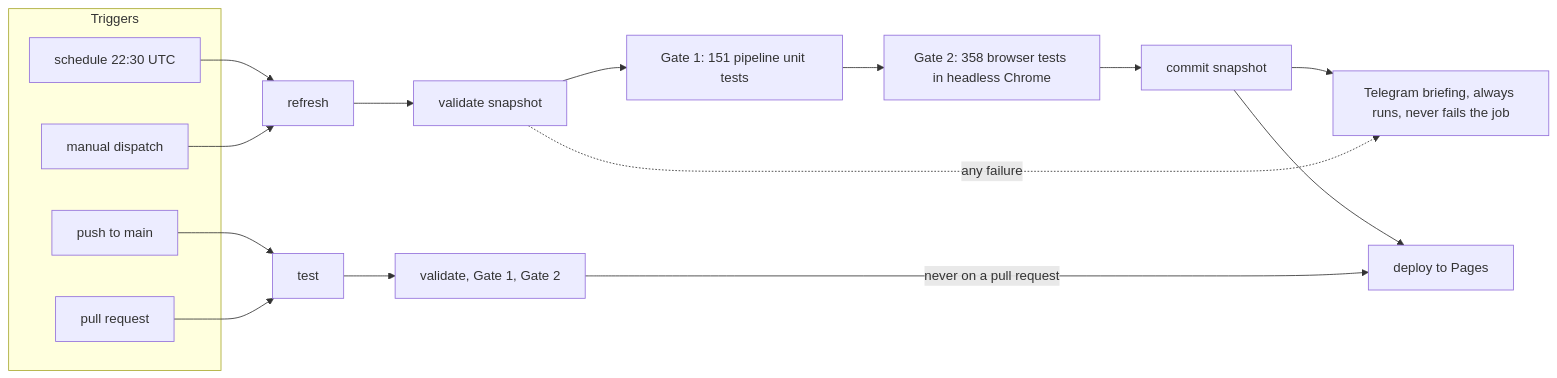
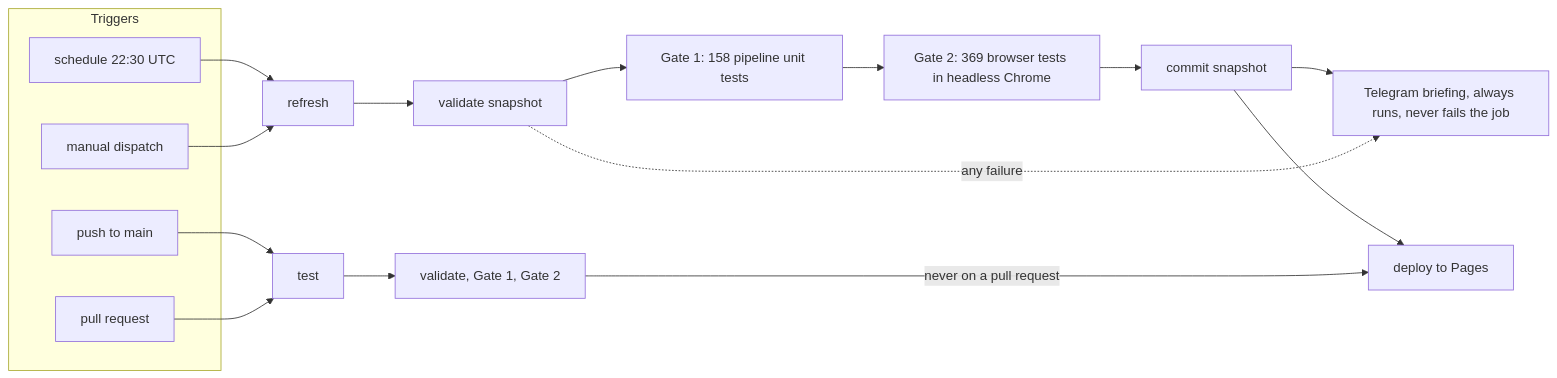
Before and after one commit to myc208/quantlens: the fourth of 5 diagrams in README.md, drawn with Mermaid. The commit also changed other lines of this file and 11 other files, not shown here.

````diff
--- a/README.md
+++ b/README.md
@@ -886,19 +969,19 @@
 ```mermaid
 flowchart LR
   subgraph T["Triggers"]
     S["schedule 22:30 UTC"]
     D["manual dispatch"]
     P["push to main"]
     PR["pull request"]
   end
   S --> REF["refresh"]
   D --> REF
   P --> TEST["test"]
   PR --> TEST
-  REF --> V["validate snapshot"] --> G1["Gate 1: 151 pipeline unit tests"] --> G2["Gate 2: 358 browser tests in headless Chrome"] --> C["commit snapshot"]
+  REF --> V["validate snapshot"] --> G1["Gate 1: 158 pipeline unit tests"] --> G2["Gate 2: 369 browser tests in headless Chrome"] --> C["commit snapshot"]
   C --> TG["Telegram briefing, always runs, never fails the job"]
   V -.->|"any failure"| TG
   TEST --> V2["validate, Gate 1, Gate 2"]
   C --> DEP["deploy to Pages"]
   V2 -->|"never on a pull request"| DEP
 ```
````
